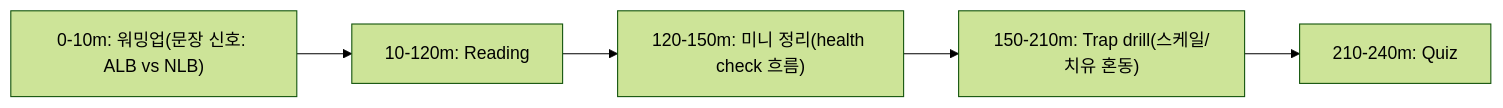
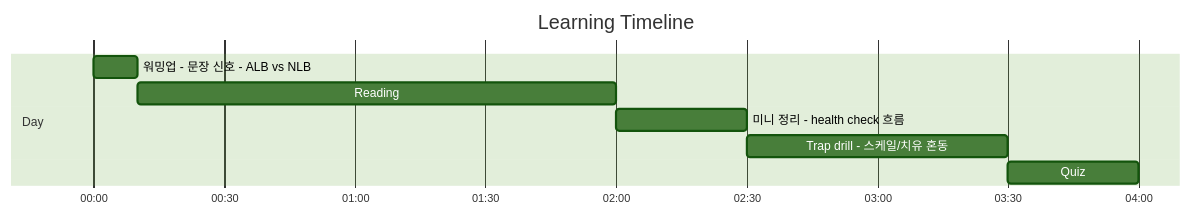
Before and after one commit to niceguy61/aws-saa-lecture-2026: the first of 2 diagrams in aws-saa/week02/day02/README.md, drawn with Mermaid (forest theme). The commit also changed 21 other files, not shown here.

Commit message:
docs(aws-saa): use mermaid gantt for learning timelines

````diff
--- a/aws-saa/week02/day02/README.md
+++ b/aws-saa/week02/day02/README.md
@@ -26,7 +26,12 @@
 ```mermaid
-flowchart LR
-  A["0-10m: 워밍업(문장 신호: ALB vs NLB)"] --> B["10-120m: Reading"]
-  B --> C["120-150m: 미니 정리(health check 흐름)"]
-  C --> D["150-210m: Trap drill(스케일/치유 혼동)"]
-  D --> E["210-240m: Quiz"]
+gantt
+  title Learning Timeline
+  dateFormat  HH:mm
+  axisFormat  %H:%M
+  section Day
+  워밍업 - 문장 신호 - ALB vs NLB :t1, 00:00, 10m
+  Reading :t2, after t1, 110m
+  미니 정리 - health check 흐름 :t3, after t2, 30m
+  Trap drill - 스케일/치유 혼동 :t4, after t3, 60m
+  Quiz :t5, after t4, 30m
 ```
````
